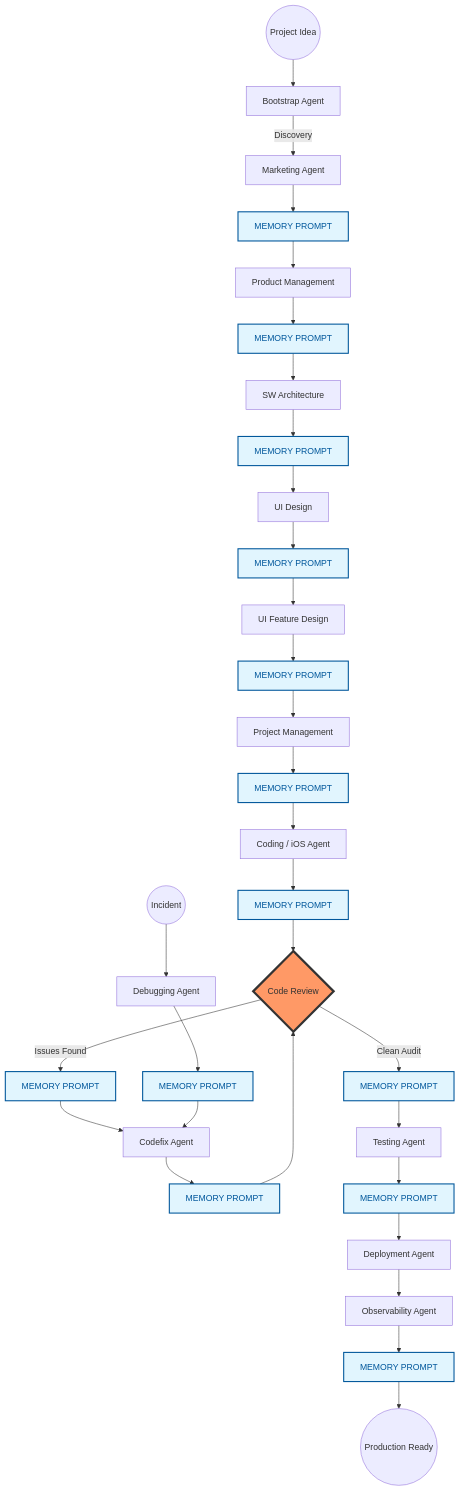
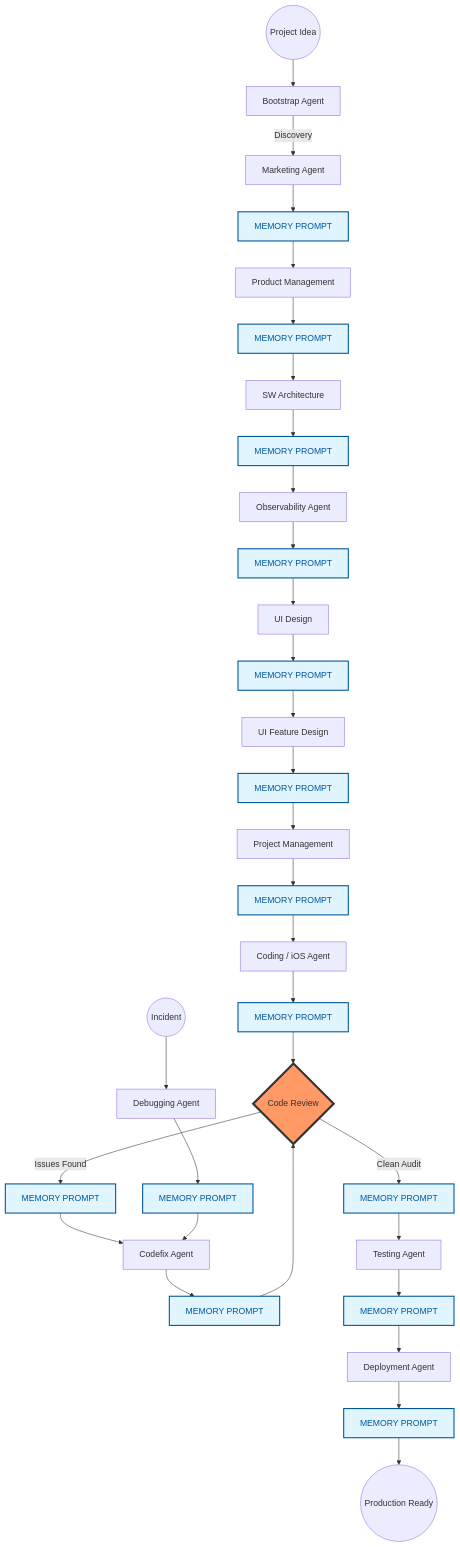
Before and after one commit to mario-guerra/saas-squad: the diagram in README.md, drawn with Mermaid. The commit also changed other lines of this file and 3 other files, not shown here.

Commit message:
Technical Turnkey: Shifted Observability to 'Phase 2: Design & Architecture' to ensure visibility is built-in up front.

````diff
--- a/README.md
+++ b/README.md
@@ -42,60 +42,62 @@
 ```mermaid
 graph TD
     %% Phase 1: Strategy
     START((Project Idea)) --> BOOTSTRAP[Bootstrap Agent]
     BOOTSTRAP --> |Discovery| MKT[Marketing Agent]
     MKT --> MEM1[MEMORY PROMPT]
     MEM1 --> PM[Product Management]
     
-    %% Phase 2: Design
+    %% Phase 2: Design & Architecture
     PM --> MEM2[MEMORY PROMPT]
     MEM2 --> ARCH[SW Architecture]
     ARCH --> MEM3[MEMORY PROMPT]
-    MEM3 --> UI[UI Design]
+    MEM3 --> OBS[Observability Agent]
+    OBS --> MEM_OBS[MEMORY PROMPT]
+    MEM_OBS --> UI[UI Design]
     UI --> MEM4[MEMORY PROMPT]
     MEM4 --> FEAT[UI Feature Design]
     
     %% Phase 3: Planning & Execution
     FEAT --> MEM5[MEMORY PROMPT]
     MEM5 --> TPM[Project Management]
     TPM --> MEM6[MEMORY PROMPT]
     MEM6 --> CODE[Coding / iOS Agent]
     
     %% Phase 4: Quality Loop (The Tight Loop)
     CODE --> MEM7[MEMORY PROMPT]
     MEM7 --> REVIEW{Code Review}
     REVIEW --> |Issues Found| MEM8[MEMORY PROMPT]
     MEM8 --> FIX[Codefix Agent]
     FIX --> MEM9[MEMORY PROMPT]
     MEM9 --> REVIEW
     
-    %% Phase 5: Verification & Deploy
+    %% Phase 5: Deployment
     REVIEW --> |Clean Audit| MEM10[MEMORY PROMPT]
     MEM10 --> TEST[Testing Agent]
     TEST --> MEM11[MEMORY PROMPT]
     MEM11 --> DEPLOY[Deployment Agent]
-    DEPLOY --> OBS[Observability Agent]
-    OBS --> MEM_FINAL[MEMORY PROMPT]
+    DEPLOY --> MEM_FINAL[MEMORY PROMPT]
     MEM_FINAL --> END((Production Ready))
 
     %% Debug Loop
     BUG((Incident)) --> DEBUG[Debugging Agent]
     DEBUG --> MEM_DEBUG[MEMORY PROMPT]
     MEM_DEBUG --> FIX
     
     %% Styling
     style MEM1 fill:#e1f5fe,stroke:#01579b,stroke-width:2px,color:#01579b
     style MEM2 fill:#e1f5fe,stroke:#01579b,stroke-width:2px,color:#01579b
     style MEM3 fill:#e1f5fe,stroke:#01579b,stroke-width:2px,color:#01579b
     style MEM4 fill:#e1f5fe,stroke:#01579b,stroke-width:2px,color:#01579b
     style MEM5 fill:#e1f5fe,stroke:#01579b,stroke-width:2px,color:#01579b
     style MEM6 fill:#e1f5fe,stroke:#01579b,stroke-width:2px,color:#01579b
     style MEM7 fill:#e1f5fe,stroke:#01579b,stroke-width:2px,color:#01579b
     style MEM8 fill:#e1f5fe,stroke:#01579b,stroke-width:2px,color:#01579b
     style MEM9 fill:#e1f5fe,stroke:#01579b,stroke-width:2px,color:#01579b
     style MEM10 fill:#e1f5fe,stroke:#01579b,stroke-width:2px,color:#01579b
     style MEM11 fill:#e1f5fe,stroke:#01579b,stroke-width:2px,color:#01579b
+    style MEM_OBS fill:#e1f5fe,stroke:#01579b,stroke-width:2px,color:#01579b
     style MEM_FINAL fill:#e1f5fe,stroke:#01579b,stroke-width:2px,color:#01579b
     style MEM_DEBUG fill:#e1f5fe,stroke:#01579b,stroke-width:2px,color:#01579b
     style REVIEW fill:#f96,stroke:#333,stroke-width:4px
 ```
````
